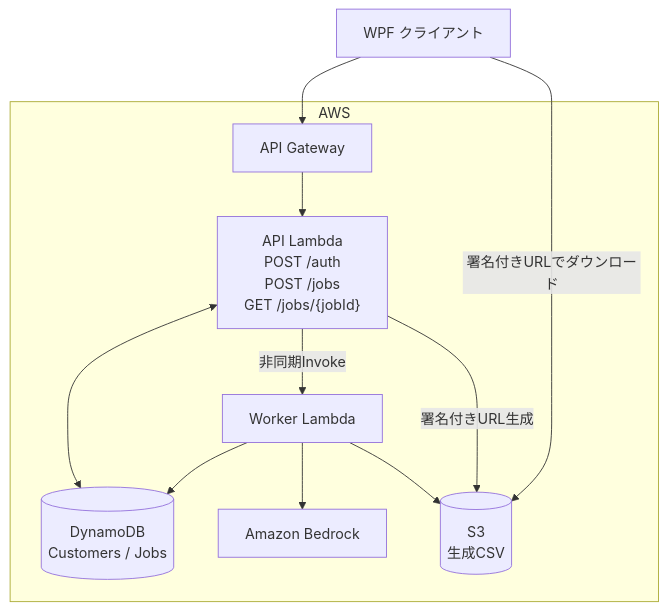
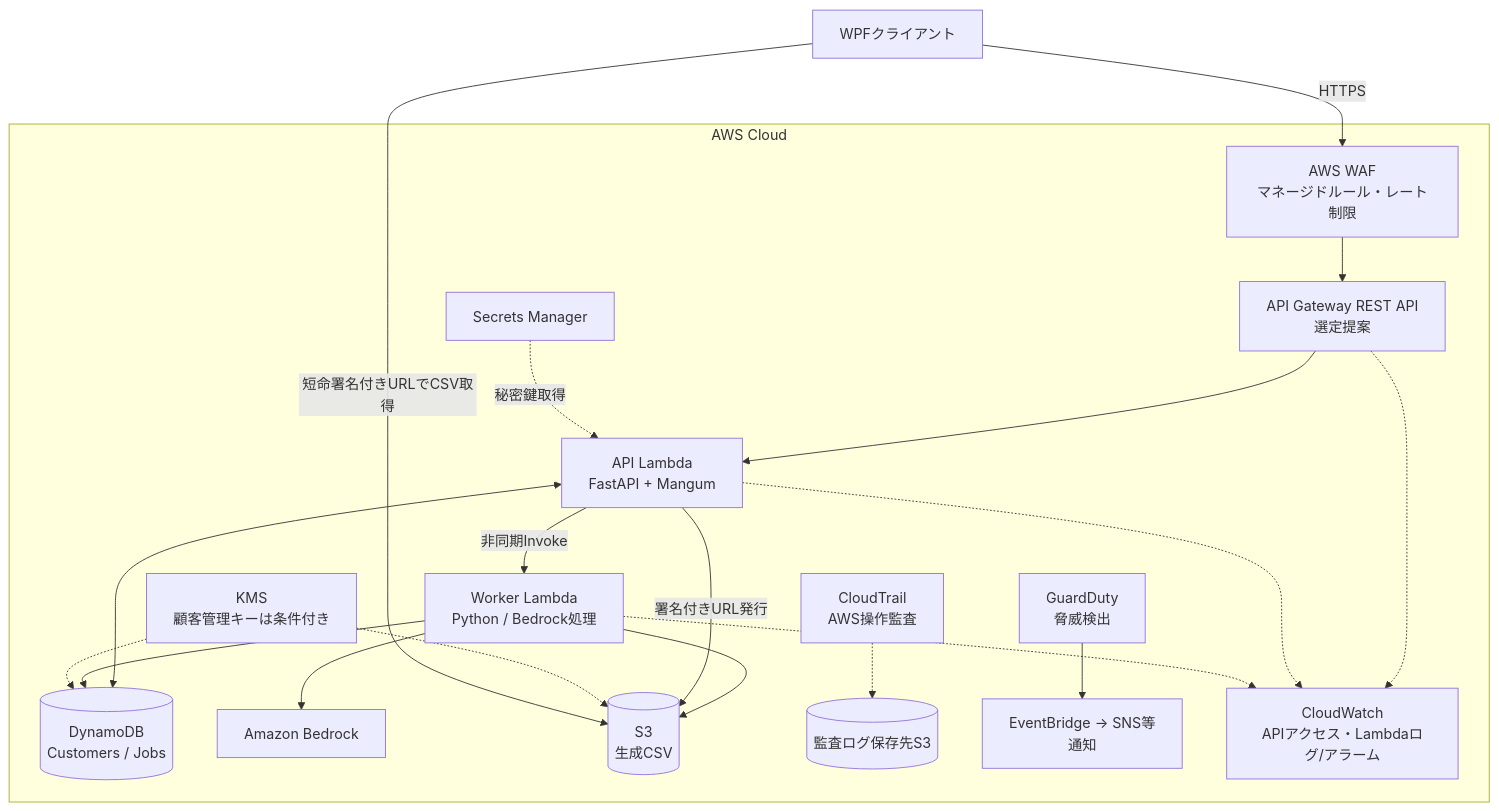
Before and after one commit to knmo000-tech/awsMemo: the diagram in docs/architecture.md, drawn with Mermaid. The commit also changed other lines of this file, not shown here.

Commit message:
docs: adopt FastAPI Mangum and outline security architecture

````diff
--- a/docs/architecture.md
+++ b/docs/architecture.md
@@ -7,14 +11,24 @@
 ```mermaid
 flowchart TD
-  C["WPF クライアント"] --> G
-  subgraph AWS
-    G["API Gateway"] --> A["API Lambda<br/>POST /auth<br/>POST /jobs<br/>GET /jobs/{jobId}"]
-    A <--> D[("DynamoDB<br/>Customers / Jobs")]
-    A -->|"非同期Invoke"| W["Worker Lambda"]
-    W --> B["Amazon Bedrock"]
-    W --> D
-    W --> S[("S3<br/>生成CSV")]
-    A -->|"署名付きURL生成"| S
-  end
-  C -->|"署名付きURLでダウンロード"| S
+    C["WPFクライアント"] -->|"HTTPS"| WF["AWS WAF<br/>マネージドルール・レート制限"]
+    subgraph AWS["AWS Cloud"]
+      WF --> GW["API Gateway REST API<br/>選定提案"]
+      GW --> A["API Lambda<br/>FastAPI + Mangum"]
+      A -->|"非同期Invoke"| W["Worker Lambda<br/>Python / Bedrock処理"]
+      A <--> D[("DynamoDB<br/>Customers / Jobs")]
+      W --> D
+      W --> B["Amazon Bedrock"]
+      W --> S[("S3<br/>生成CSV")]
+      A -->|"署名付きURL発行"| S
+      SM["Secrets Manager"] -.->|"秘密鍵取得"| A
+      CT["CloudTrail<br/>AWS操作監査"] -.-> AUDIT[("監査ログ保存先S3")]
+      GD["GuardDuty<br/>脅威検出"] --> EV["EventBridge → SNS等<br/>通知"]
+      KMS["KMS<br/>顧客管理キーは条件付き"] -.-> S
+      KMS -.-> D
+      LOG["CloudWatch<br/>APIアクセス・Lambdaログ/アラーム"]
+      GW -.-> LOG
+      A -.-> LOG
+      W -.-> LOG
+    end
+    C -->|"短命署名付きURLでCSV取得"| S
 ```
````
